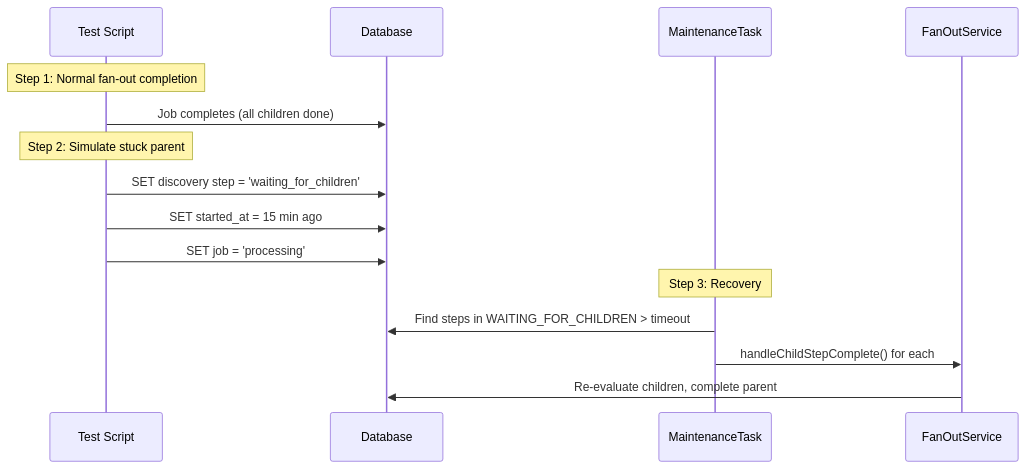
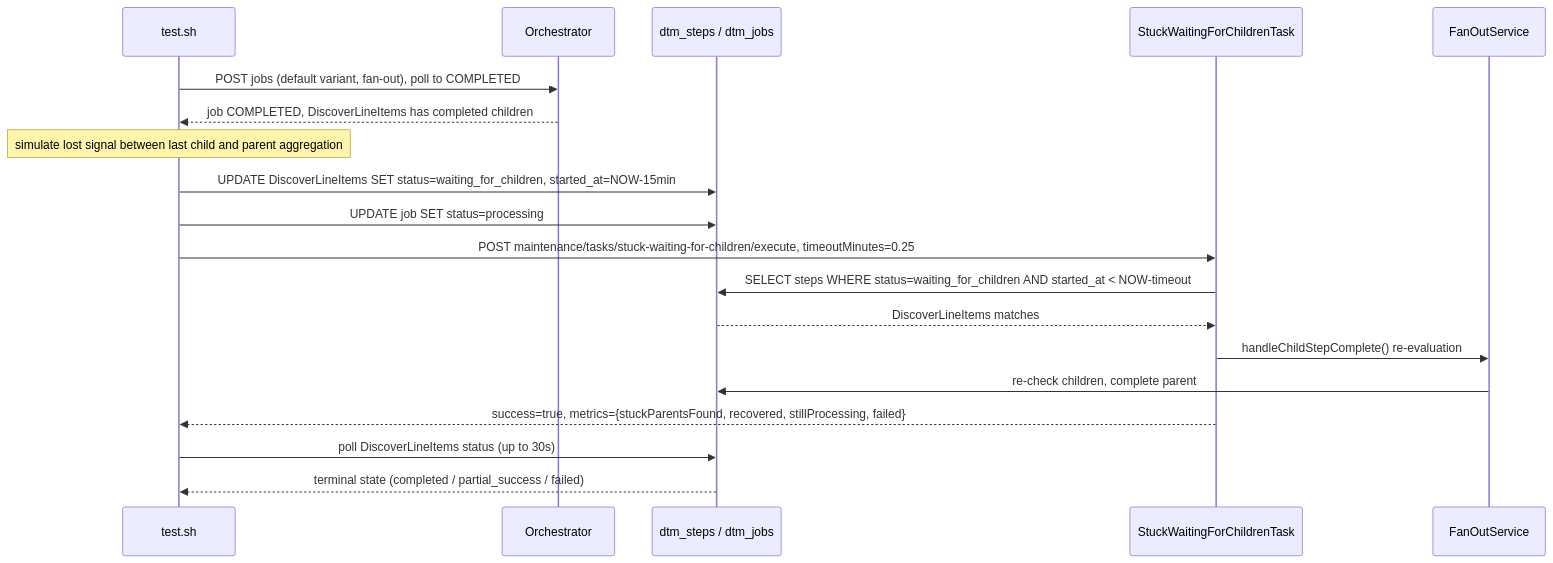
One commit to inctasoft/setpoint-evals-dtm-examples changed the diagram in setpoint-evals/SE-10-stuck-waiting-for-children-recovery/README.md. Above: the diagram before and after it, drawn with Mermaid. The commit also changed other lines of this file and 12 other files, not shown here.

````diff
--- a/setpoint-evals/SE-10-stuck-waiting-for-children-recovery/README.md
+++ b/setpoint-evals/SE-10-stuck-waiting-for-children-recovery/README.md
@@ -13,20 +24,25 @@
 ```mermaid
 sequenceDiagram
-    participant TEST as Test Script
-    participant DB as Database
-    participant TASK as MaintenanceTask
+    participant T as test.sh
+    participant O as Orchestrator
+    participant DB as dtm_steps / dtm_jobs
+    participant Task as StuckWaitingForChildrenTask
     participant FO as FanOutService
 
-    Note over TEST: Step 1: Normal fan-out completion
-    TEST->>DB: Job completes (all children done)
+    T->>O: POST jobs (default variant, fan-out), poll to COMPLETED
+    O-->>T: job COMPLETED, DiscoverLineItems has completed children
 
-    Note over TEST: Step 2: Simulate stuck parent
-    TEST->>DB: SET discovery step = 'waiting_for_children'
-    TEST->>DB: SET started_at = 15 min ago
-    TEST->>DB: SET job = 'processing'
+    Note over T: simulate lost signal between last child and parent aggregation
+    T->>DB: UPDATE DiscoverLineItems SET status=waiting_for_children, started_at=NOW-15min
+    T->>DB: UPDATE job SET status=processing
 
-    Note over TASK: Step 3: Recovery
-    TASK->>DB: Find steps in WAITING_FOR_CHILDREN > timeout
-    TASK->>FO: handleChildStepComplete() for each
-    FO->>DB: Re-evaluate children, complete parent
+    T->>Task: POST maintenance/tasks/stuck-waiting-for-children/execute, timeoutMinutes=0.25
+    Task->>DB: SELECT steps WHERE status=waiting_for_children AND started_at < NOW-timeout
+    DB-->>Task: DiscoverLineItems matches
+    Task->>FO: handleChildStepComplete() re-evaluation
+    FO->>DB: re-check children, complete parent
+    Task-->>T: success=true, metrics={stuckParentsFound, recovered, stillProcessing, failed}
+
+    T->>DB: poll DiscoverLineItems status (up to 30s)
+    DB-->>T: terminal state (completed / partial_success / failed)
 ```
````
